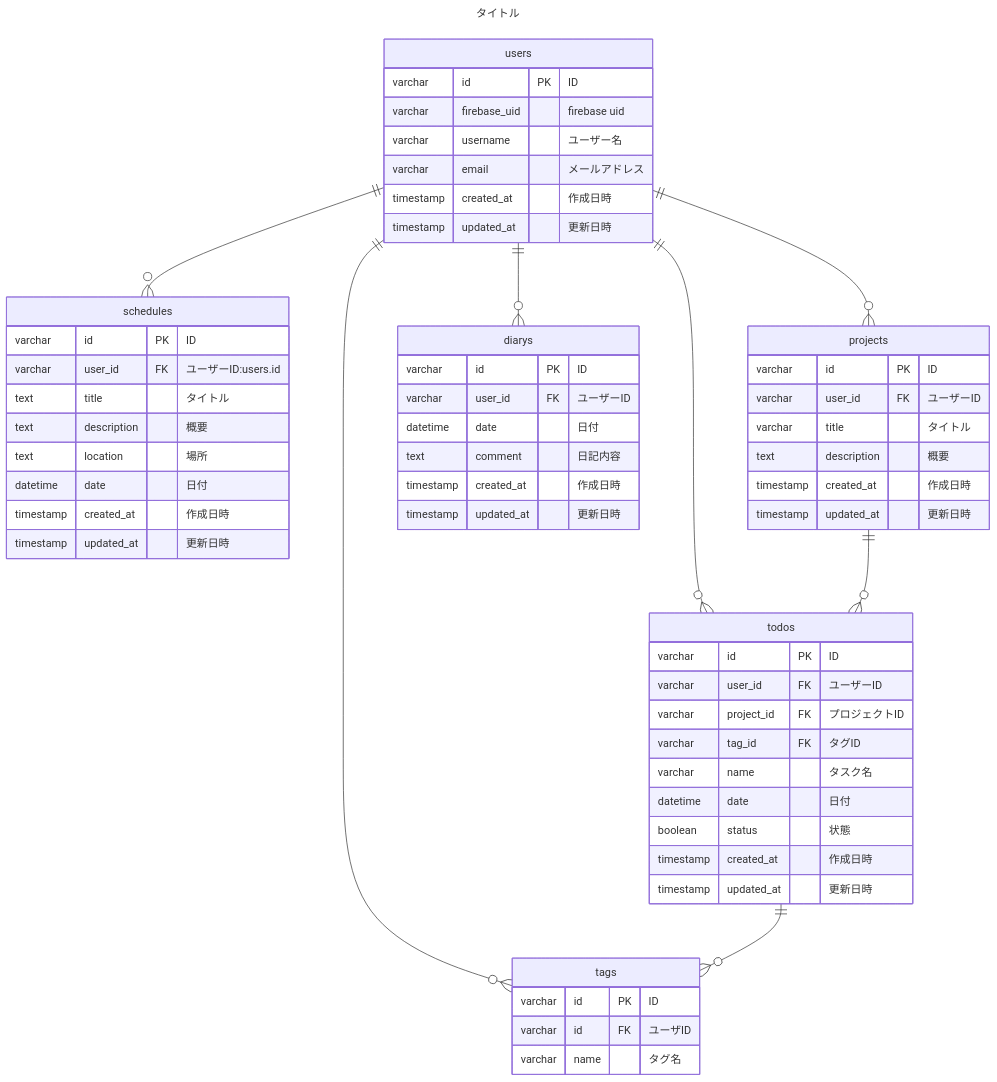
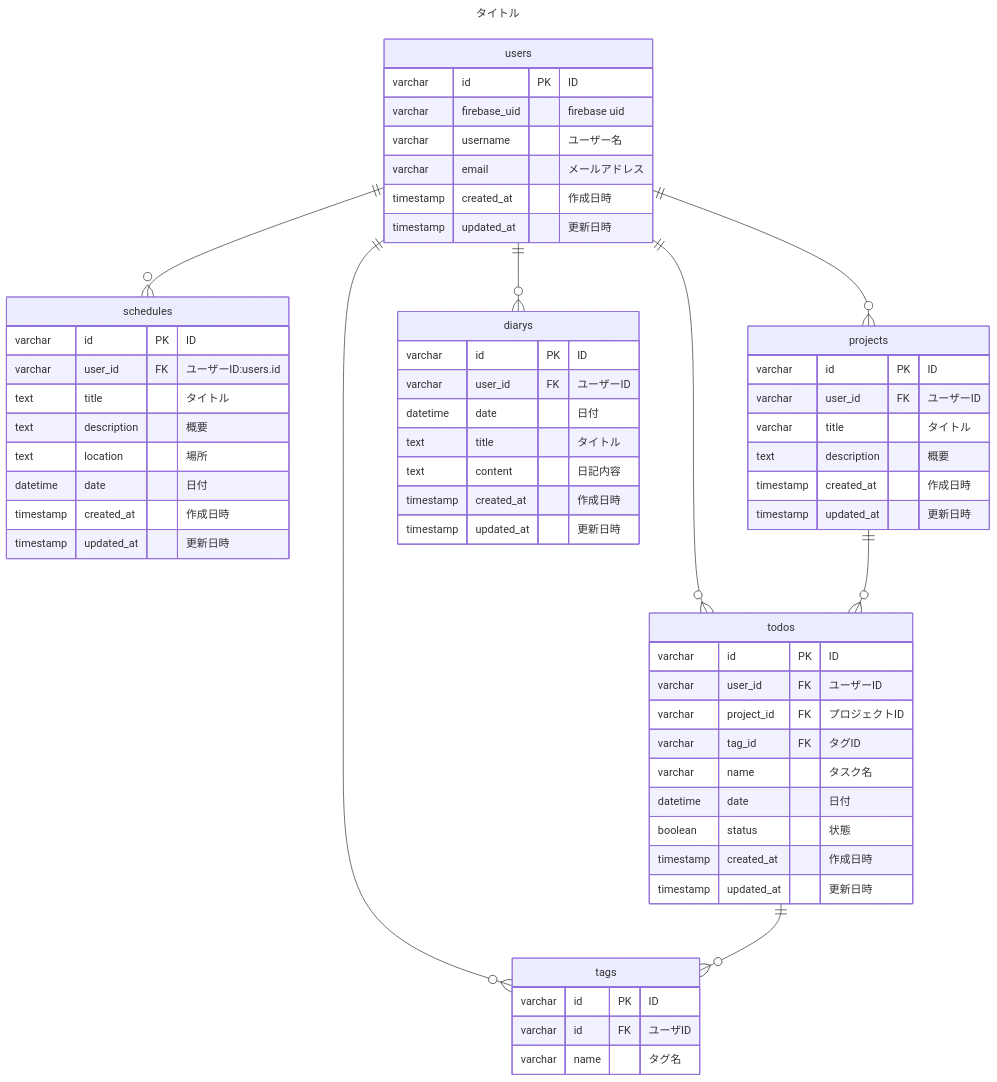
One commit to km1110/calendar-app changed the diagram in docs/db.md. Above: the diagram before and after it, drawn with Mermaid.

Commit message:
docs: :memo: #72 diaryテーブルのカラム変更

````diff
--- a/docs/db.md
+++ b/docs/db.md
@@ -5,71 +5,72 @@
 ```mermaid
 ---
 title: "タイトル"
 ---
 erDiagram
     users ||--o{ schedules : ""
     users ||--o{ projects : ""
     users ||--o{ todos : ""
     users ||--o{ diarys : ""
     users ||--o{ tags : ""
 
     projects ||--o{ todos : ""
 
     todos ||--o{ tags : ""
 
     users {
       varchar id PK "ID"
       varchar firebase_uid "firebase uid"
       varchar username "ユーザー名"
       varchar email "メールアドレス"
       timestamp created_at "作成日時"
       timestamp updated_at "更新日時"
     }
 
     schedules {
       varchar id PK "ID"
       varchar user_id FK "ユーザーID:users.id"
       text title "タイトル"
       text description  "概要"
       text location  "場所"
       datetime date  "日付"
       timestamp created_at "作成日時"
       timestamp updated_at "更新日時"
     }
 
     projects {
       varchar id PK "ID"
       varchar user_id FK "ユーザーID"
       varchar title "タイトル"
       text description "概要"
       timestamp created_at "作成日時"
       timestamp updated_at "更新日時"
     }
 
     todos {
       varchar id PK "ID"
       varchar user_id FK "ユーザーID"
       varchar project_id FK "プロジェクトID"
       varchar tag_id FK "タグID"
       varchar name "タスク名"
       datetime date  "日付"
       boolean status "状態"
       timestamp created_at "作成日時"
       timestamp updated_at "更新日時"
     }
 
     tags {
       varchar id PK "ID"
       varchar id FK "ユーザID"
       varchar name "タグ名"
     }
 
     diarys {
       varchar id PK "ID"
       varchar user_id FK "ユーザーID"
       datetime date  "日付"
-      text comment "日記内容"
+      text title "タイトル"
+      text content "日記内容"
       timestamp created_at "作成日時"
       timestamp updated_at "更新日時"
     }
 ```
````
